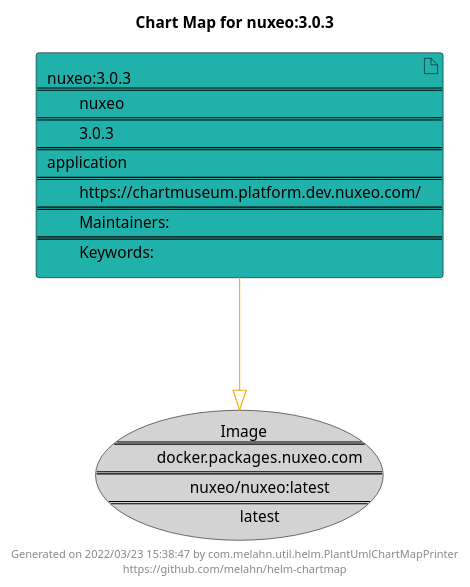
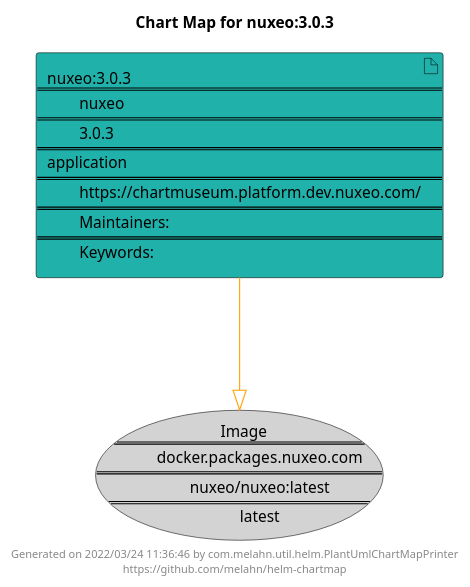
The diagram in docs/nuxeo/nuxeo-3.0.3.puml (melahn/helm-chartmap), drawn with PlantUML before and after one commit. The commit also changed 54 other files, not shown here.

Commit message:
Update Example Chart Maps as part of GitHub build

```diff
--- a/docs/nuxeo/nuxeo-3.0.3.puml
+++ b/docs/nuxeo/nuxeo-3.0.3.puml
@@ -1,21 +1,21 @@
 @startuml
 skinparam linetype ortho
 skinparam backgroundColor white
 skinparam usecaseBorderColor black
 skinparam usecaseArrowColor LightSlateGray
 skinparam artifactBorderColor black
 skinparam artifactArrowColor LightSlateGray
 
 title Chart Map for nuxeo:3.0.3
 
 'There is one referenced Helm Chart
 artifact "nuxeo:3.0.3\n====\n\tnuxeo\n====\n\t3.0.3\n====\napplication\n====\n\thttps://chartmuseum.platform.dev.nuxeo.com/\n====\n\tMaintainers: \n====\n\tKeywords: " as nuxeo_3_0_3 #LightSeaGreen
 
 'There is one referenced Docker Image
 usecase "Image\n====\n\tdocker.packages.nuxeo.com\n====\n\tnuxeo/nuxeo:latest\n====\n\tlatest" as docker_packages_nuxeo_com_nuxeo_nuxeo_latest #LightGray
 
 'Chart Dependencies
 nuxeo_3_0_3--[#orange]-|>docker_packages_nuxeo_com_nuxeo_nuxeo_latest
 
-center footer Generated on 2022/03/23 15:38:47 by com.melahn.util.helm.PlantUmlChartMapPrinter\nhttps://github.com/melahn/helm-chartmap
+center footer Generated on 2022/03/24 11:36:46 by com.melahn.util.helm.PlantUmlChartMapPrinter\nhttps://github.com/melahn/helm-chartmap
 @enduml
```
